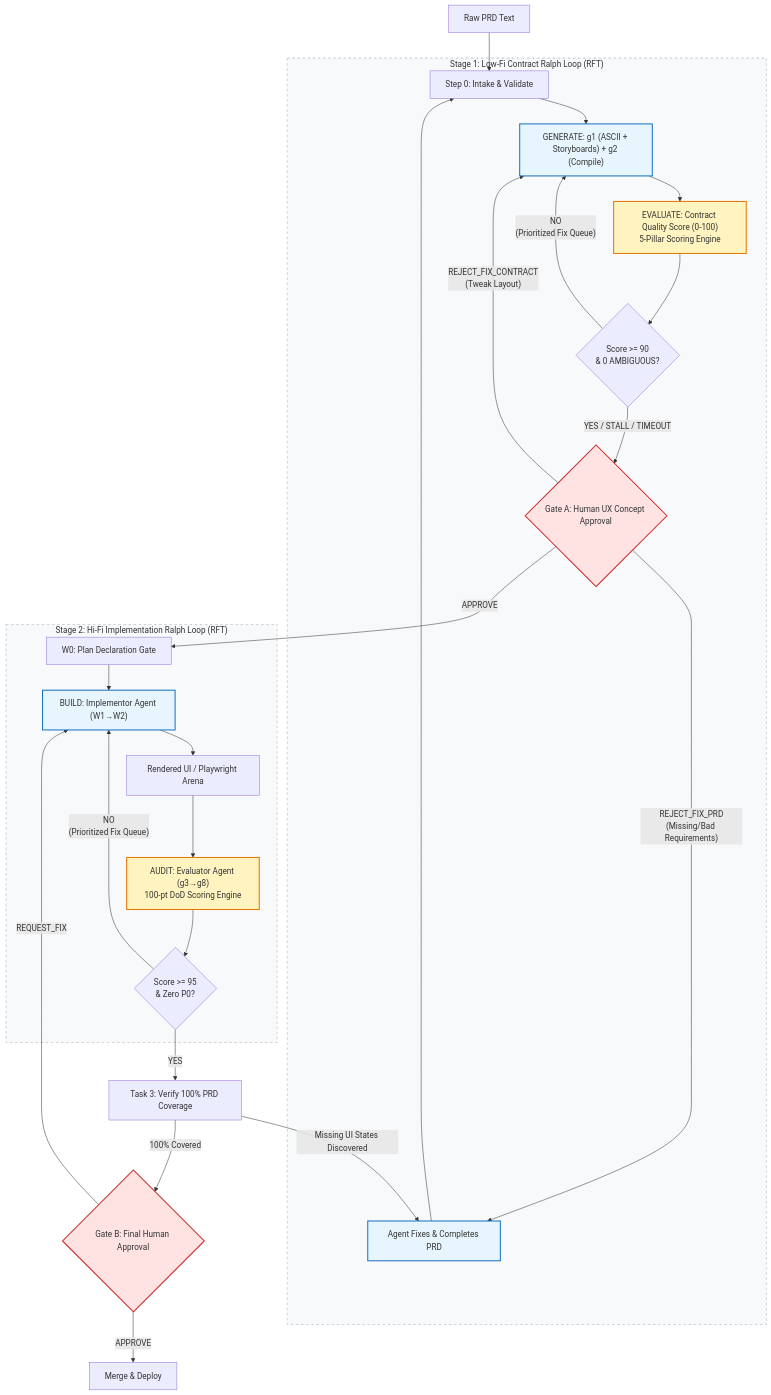
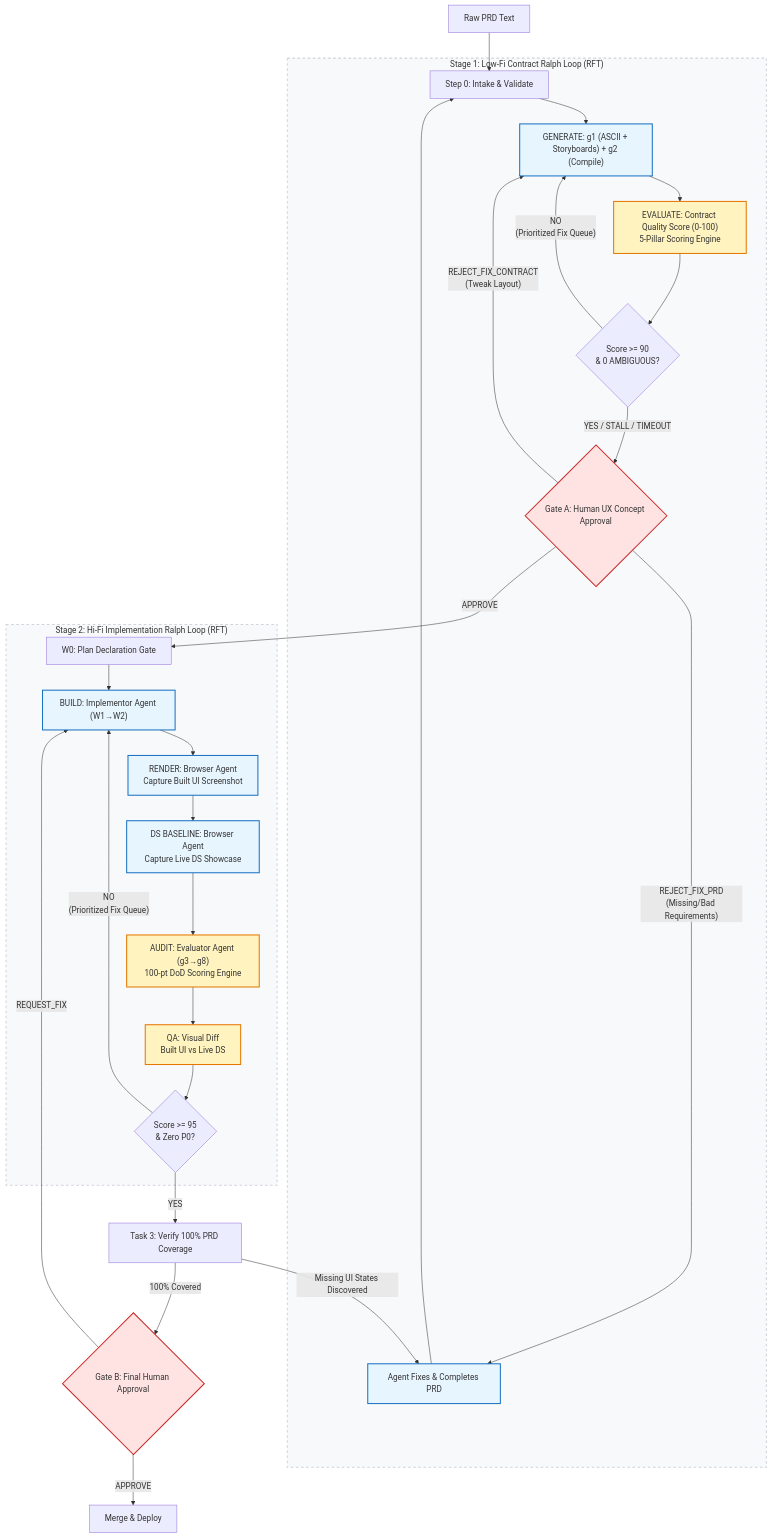
The first of 2 diagrams in docs/researches/spikes/spike-design-system-ralph-loop-agent.md (duyhunghd6/gmind), drawn with Mermaid before and after one commit. The commit also changed other lines of this file, not shown here.

First line of the commit message:
docs(spike): add Session 5 — Task Decomposition & Agent Organization Model

````diff
--- a/docs/researches/spikes/spike-design-system-ralph-loop-agent.md
+++ b/docs/researches/spikes/spike-design-system-ralph-loop-agent.md
@@ -184,43 +184,45 @@
 ```mermaid
 graph TD
     classDef stage fill:#f8f9fa,stroke:#ced4da,stroke-width:2px,stroke-dasharray: 5 5;
     classDef gate fill:#ffe3e3,stroke:#c92a2a,stroke-width:2px;
     classDef agent fill:#e7f5ff,stroke:#1971c2,stroke-width:2px;
     classDef score fill:#fff3bf,stroke:#e67700,stroke-width:2px;
 
     RawPRD[Raw PRD Text] --> G0[Step 0: Intake & Validate]
 
     subgraph Stage1 ["Stage 1: Low-Fi Contract Ralph Loop (RFT)"]
         G0 --> Gen["GENERATE: g1 (ASCII + Storyboards) + g2 (Compile)"]:::agent
         Gen --> S1Eval["EVALUATE: Contract Quality Score (0-100)\n5-Pillar Scoring Engine"]:::score
         S1Eval --> S1Conv{"Score >= 90\n& 0 AMBIGUOUS?"}
 
         S1Conv -- "NO\n(Prioritized Fix Queue)" --> Gen
         S1Conv -- "YES / STALL / TIMEOUT" --> GateA{Gate A: Human UX Concept Approval}:::gate
 
         GateA -- "REJECT_FIX_CONTRACT\n(Tweak Layout)" --> Gen
         GateA -- "REJECT_FIX_PRD\n(Missing/Bad Requirements)" --> PRDWriter[Agent Fixes & Completes PRD]:::agent
         PRDWriter --> G0
     end
 
     GateA -- "APPROVE" --> W0[W0: Plan Declaration Gate]
 
     subgraph Stage2 ["Stage 2: Hi-Fi Implementation Ralph Loop (RFT)"]
         W0 --> Build["BUILD: Implementor Agent (W1→W2)"]:::agent
-        Build --> UI[Rendered UI / Playwright Arena]
-        UI --> Eval["AUDIT: Evaluator Agent (g3→g8)\n100-pt DoD Scoring Engine"]:::score
-        Eval --> Score{"Score >= 95\n& Zero P0?"}
+        Build --> BrowserRender["RENDER: Browser Agent\nCapture Built UI Screenshot"]:::agent
+        BrowserRender --> DSBaseline["DS BASELINE: Browser Agent\nCapture Live DS Showcase"]:::agent
+        DSBaseline --> Eval["AUDIT: Evaluator Agent (g3→g8)\n100-pt DoD Scoring Engine"]:::score
+        Eval --> QADiff["QA: Visual Diff\nBuilt UI vs Live DS"]:::score
+        QADiff --> Score{"Score >= 95\n& Zero P0?"}
 
         Score -- "NO\n(Prioritized Fix Queue)" --> Build
     end
 
     Score -- "YES" --> AutoQA[Task 3: Verify 100% PRD Coverage]
 
     AutoQA -- "Missing UI States Discovered" --> PRDWriter
 
     AutoQA -- "100% Covered" --> GateB{Gate B: Final Human Approval}:::gate
     GateB -- "REQUEST_FIX" --> Build
     GateB -- "APPROVE" --> Merge[Merge & Deploy]
 
     class Stage1,Stage2 stage;
 ```
````
